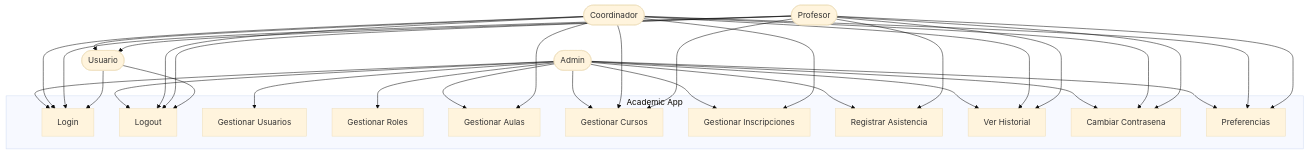
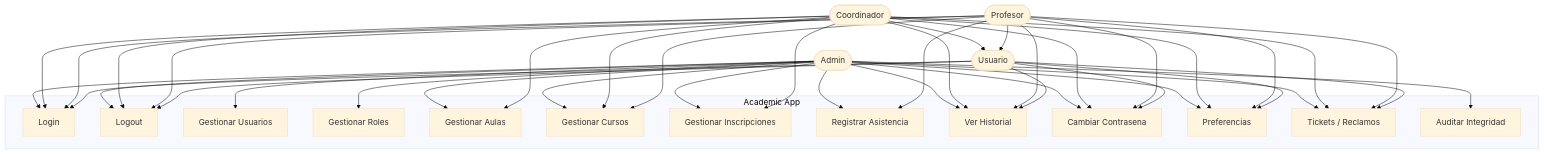
Before and after one commit to DarioZubaray/Proyecto-Final: the diagram in docs/mermaid-live/4.1.casos-uso.mmd, drawn with Mermaid (base theme). The commit also changed 25 other files, not shown here.

Commit message:
docs: add CU-07/08/09 specs + sequence diagrams, update use-case diagram, balance class and ER diagrams

```diff
--- a/docs/mermaid-live/4.1.casos-uso.mmd
+++ b/docs/mermaid-live/4.1.casos-uso.mmd
@@ -1,66 +1,78 @@
 graph TB
     Admin([Admin])
     Coordinador([Coordinador])
     Profesor([Profesor])
     Usuario([Usuario])
 
     UC1[Login]
     UC2[Logout]
     UC3[Gestionar Usuarios]
     UC4[Gestionar Roles]
     UC5[Gestionar Aulas]
     UC6[Gestionar Cursos]
     UC7[Gestionar Inscripciones]
     UC8[Registrar Asistencia]
     UC9[Ver Historial]
     UC10[Cambiar Contrasena]
     UC11[Preferencias]
+    UC12[Tickets / Reclamos]
+    UC13[Auditar Integridad]
 
     subgraph "Academic App"
         UC1
         UC2
         UC3
         UC4
         UC5
         UC6
         UC7
         UC8
         UC9
         UC10
         UC11
+        UC12
+        UC13
     end
 
     Coordinador --> Usuario
     Profesor --> Usuario
 
     Admin --> UC1
     Admin --> UC2
     Admin --> UC3
     Admin --> UC4
     Admin --> UC5
     Admin --> UC6
     Admin --> UC7
     Admin --> UC8
     Admin --> UC9
     Admin --> UC10
     Admin --> UC11
+    Admin --> UC12
+    Admin --> UC13
 
     Coordinador --> UC1
     Coordinador --> UC2
     Coordinador --> UC5
     Coordinador --> UC6
     Coordinador --> UC7
     Coordinador --> UC9
     Coordinador --> UC10
     Coordinador --> UC11
+    Coordinador --> UC12
 
     Profesor --> UC1
     Profesor --> UC2
     Profesor --> UC6
     Profesor --> UC8
     Profesor --> UC9
     Profesor --> UC10
     Profesor --> UC11
+    Profesor --> UC12
 
     Usuario --> UC1
     Usuario --> UC2
+    Usuario --> UC9
+    Usuario --> UC10
+    Usuario --> UC11
+    Usuario --> UC12
```
